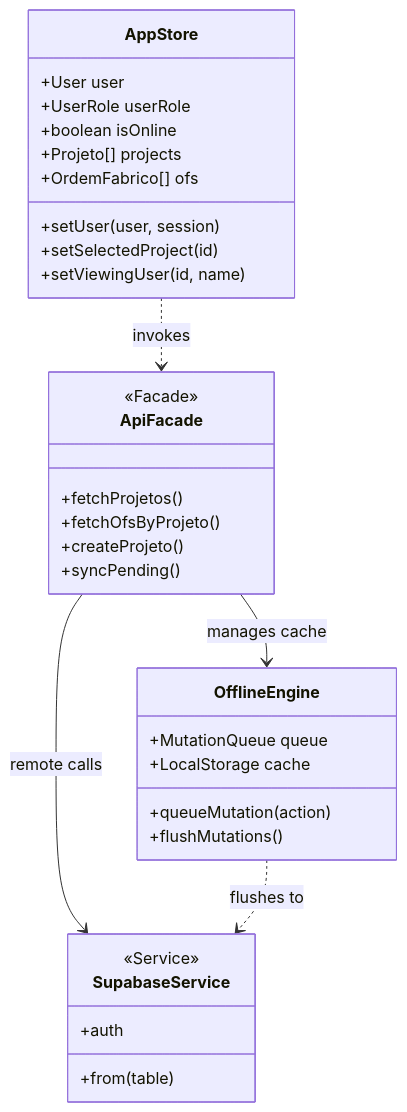
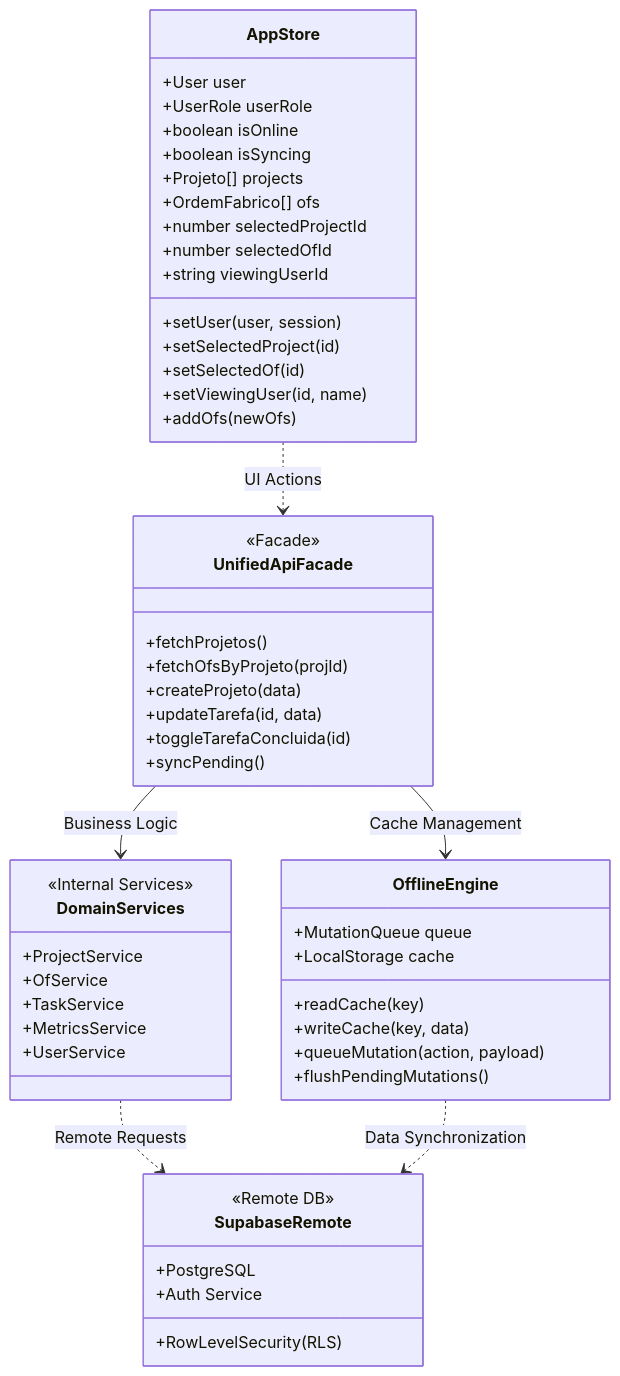
One commit to joaosmoreira/nexar-app changed the diagram in README.md. Above: the diagram before and after it, drawn with Mermaid. The commit also changed other lines of this file and 96 other files, not shown here.

Commit message:
docs: expand technical UML diagram with domain services

````diff
--- a/README.md
+++ b/README.md
@@ -7,39 +7,60 @@
 ```mermaid
 classDiagram
     class AppStore {
         +User user
         +UserRole userRole
         +boolean isOnline
+        +boolean isSyncing
         +Projeto[] projects
         +OrdemFabrico[] ofs
+        +number selectedProjectId
+        +number selectedOfId
+        +string viewingUserId
         +setUser(user, session)
         +setSelectedProject(id)
+        +setSelectedOf(id)
         +setViewingUser(id, name)
+        +addOfs(newOfs)
     }
 
-    class ApiFacade {
+    class UnifiedApiFacade {
         <<Facade>>
         +fetchProjetos()
-        +fetchOfsByProjeto()
-        +createProjeto()
+        +fetchOfsByProjeto(projId)
+        +createProjeto(data)
+        +updateTarefa(id, data)
+        +toggleTarefaConcluida(id)
         +syncPending()
+    }
+
+    class DomainServices {
+        <<Internal Services>>
+        +ProjectService
+        +OfService
+        +TaskService
+        +MetricsService
+        +UserService
     }
 
     class OfflineEngine {
         +MutationQueue queue
         +LocalStorage cache
-        +queueMutation(action)
-        +flushMutations()
+        +readCache(key)
+        +writeCache(key, data)
+        +queueMutation(action, payload)
+        +flushPendingMutations()
     }
 
-    class SupabaseService {
-        <<Service>>
-        +auth
-        +from(table)
+    class SupabaseRemote {
+        <<Remote DB>>
+        +PostgreSQL
+        +RowLevelSecurity (RLS)
+        +Auth Service
     }
 
-    AppStore ..> ApiFacade : invokes
-    ApiFacade --> OfflineEngine : manages cache
-    ApiFacade --> SupabaseService : remote calls
-    OfflineEngine ..> SupabaseService : flushes to
+    AppStore ..> UnifiedApiFacade : UI Actions
+    UnifiedApiFacade --> DomainServices : Business Logic
+    UnifiedApiFacade --> OfflineEngine : Cache Management
+    DomainServices ..> SupabaseRemote : Remote Requests
+    OfflineEngine ..> SupabaseRemote : Data Synchronization
 ```
````
